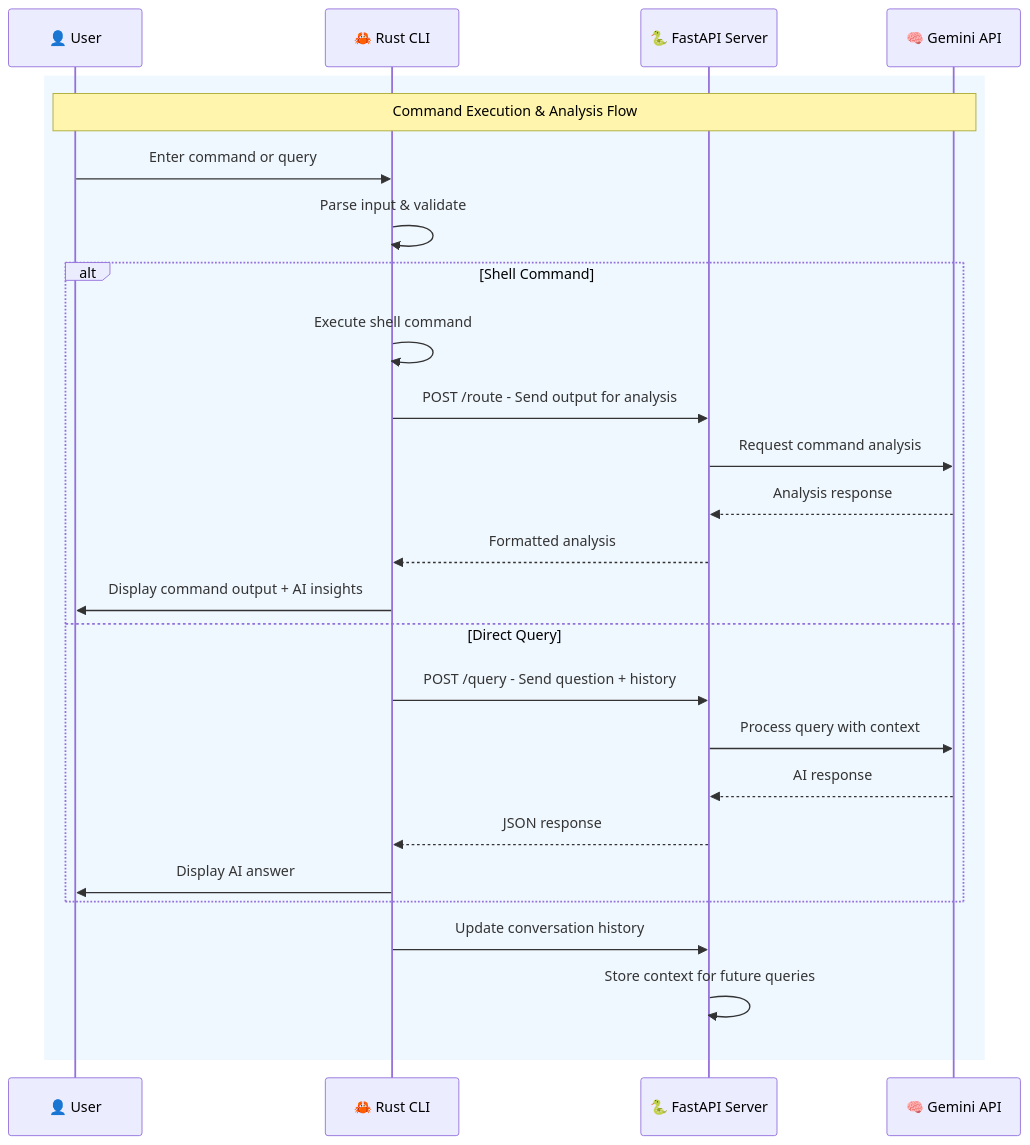
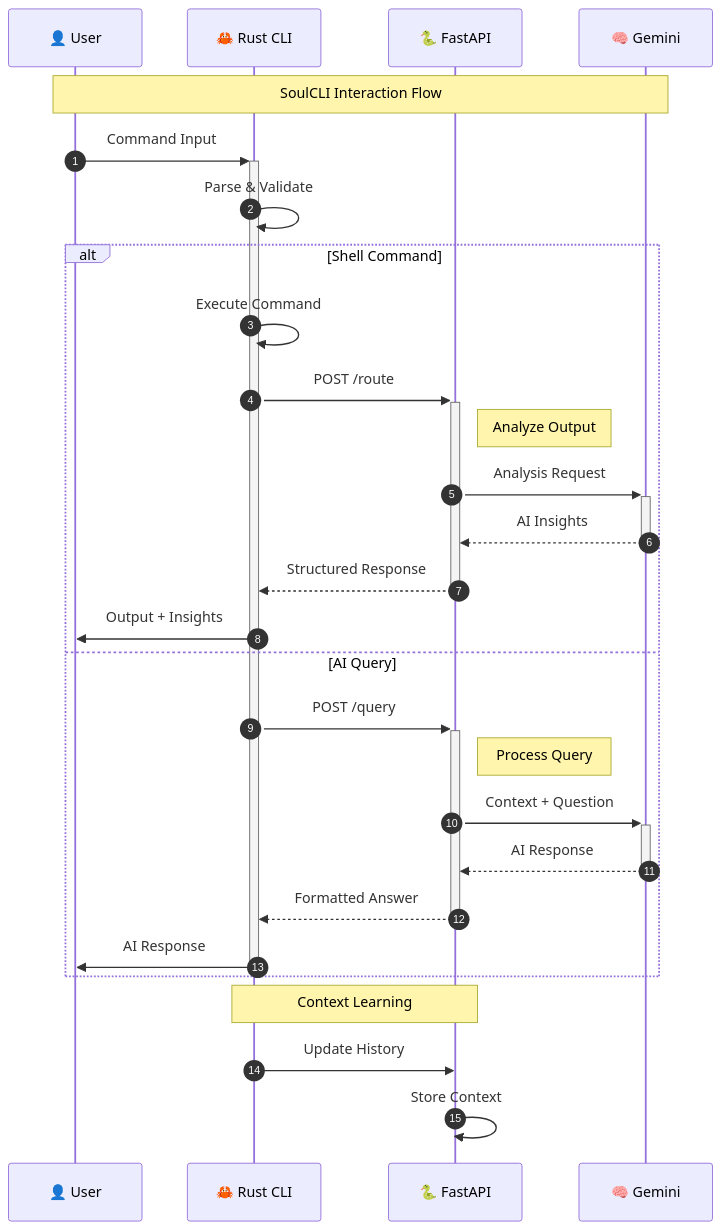
Before and after one commit to Eshwarvijay007/soulcli: the second of 3 diagrams in README.md, drawn with Mermaid.

````diff
--- a/README.md
+++ b/README.md
@@ -68,32 +68,35 @@
 ```mermaid
 sequenceDiagram
     participant U as 👤 User
-    participant C as 🦀 Rust CLI
-    participant A as 🐍 FastAPI Server
-    participant G as 🧠 Gemini API
+    participant CLI as 🦀 Rust CLI
+    participant API as 🐍 FastAPI
+    participant LLM as 🧠 Gemini
     
-    rect rgb(240, 248, 255)
-        Note over U,G: Command Execution & Analysis Flow
-        
-        U->>C: Enter command or query
-        C->>C: Parse input & validate
-        
-        alt Shell Command
-            C->>C: Execute shell command
-            C->>A: POST /route - Send output for analysis
-            A->>G: Request command analysis
-            G-->>A: Analysis response
-            A-->>C: Formatted analysis
-            C->>U: Display command output + AI insights
-        else Direct Query
-            C->>A: POST /query - Send question + history
-            A->>G: Process query with context
-            G-->>A: AI response
-            A-->>C: JSON response
-            C->>U: Display AI answer
-        end
-        
-        C->>A: Update conversation history
-        A->>A: Store context for future queries
+    autonumber
+    
+    Note over U,LLM: SoulCLI Interaction Flow
+    
+    U->>+CLI: Command Input
+    CLI->>CLI: Parse & Validate
+    
+    alt Shell Command
+        CLI->>CLI: Execute Command
+        CLI->>+API: POST /route
+        Note right of API: Analyze Output
+        API->>+LLM: Analysis Request
+        LLM-->>-API: AI Insights
+        API-->>-CLI: Structured Response
+        CLI->>U: Output + Insights
+    else AI Query
+        CLI->>+API: POST /query
+        Note right of API: Process Query
+        API->>+LLM: Context + Question
+        LLM-->>-API: AI Response
+        API-->>-CLI: Formatted Answer
+        CLI->>-U: AI Response
     end
+    
+    Note over CLI,API: Context Learning
+    CLI->>API: Update History
+    API->>API: Store Context
 ```
````
